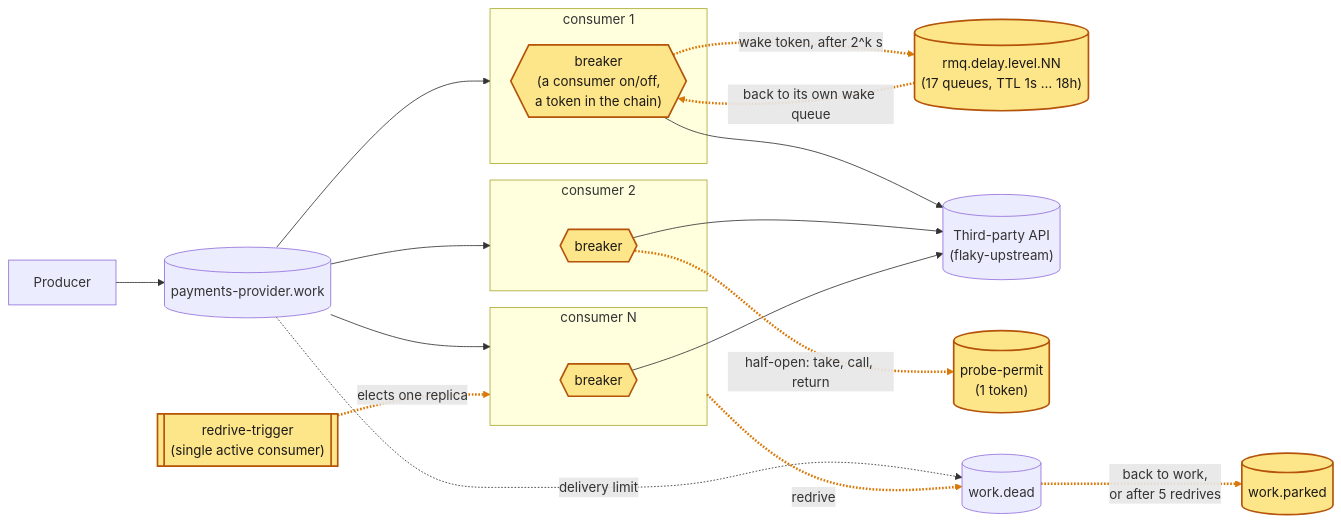
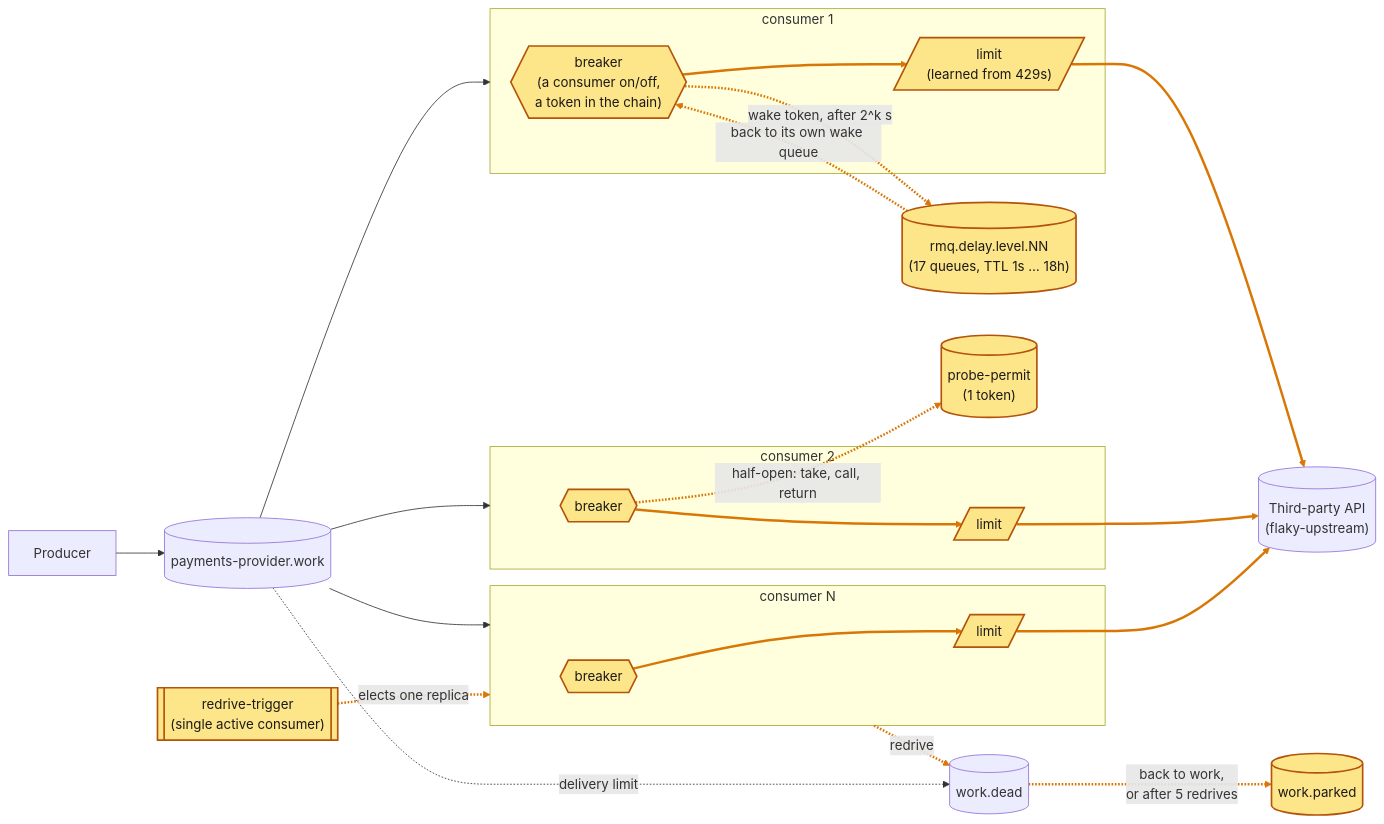
Before and after one commit to lsfera/circuit-breaker-unboxing: the diagram in README.md, drawn with Mermaid. The commit also changed other lines of this file and 21 other files, not shown here.

````diff
--- a/README.md
+++ b/README.md
@@ -17,33 +19,39 @@
 ```mermaid
 flowchart LR
   producer["Producer"] --> queue[("payments-provider.work")]
   subgraph c1["consumer 1"]
     b1{{"breaker\n(a consumer on/off,\na token in the chain)"}}
+    l1[/"limit\n(learned from 429s)"/]
   end
   subgraph c2["consumer 2"]
     b2{{"breaker"}}
+    l2[/"limit"/]
   end
   subgraph c3["consumer N"]
     b3{{"breaker"}}
+    l3[/"limit"/]
   end
   queue --> c1
   queue --> c2
   queue --> c3
   b1 -. "wake token, after 2^k s" .-> chain[("rmq.delay.level.NN\n(17 queues, TTL 1s … 18h)")]
   chain -. "back to its own wake queue" .-> b1
-  b1 --> api[("Third-party API\n(flaky-upstream)")]
-  b2 --> api
-  b3 --> api
+  b1 --> l1
+  l1 --> api[("Third-party API\n(flaky-upstream)")]
+  b2 --> l2
+  l2 --> api
+  b3 --> l3
+  l3 --> api
   permit[("probe-permit\n(1 token)")]
   dead[("work.dead")]
   parked[("work.parked")]
   rtrigger[["redrive-trigger\n(single active consumer)"]]
   b2 -. "half-open: take, call, return" .-> permit
   queue -. "delivery limit" .-> dead
   rtrigger -. "elects one replica" .-> c3
   c3 -. "redrive" .-> dead
   dead -. "back to work,\nor after 5 redrives" .-> parked
   classDef new fill:#fde68a,stroke:#b45309,stroke-width:2px,color:#1c1917
-  class b1,b2,b3,chain,permit,parked,rtrigger new
-  linkStyle 4,5,9,11,12,13 stroke:#d97706,stroke-width:3px
+  class b1,b2,b3,chain,permit,parked,rtrigger,l1,l2,l3 new
+  linkStyle 4,5,6,7,8,9,10,11,12,14,15,16 stroke:#d97706,stroke-width:3px
 ```
````
